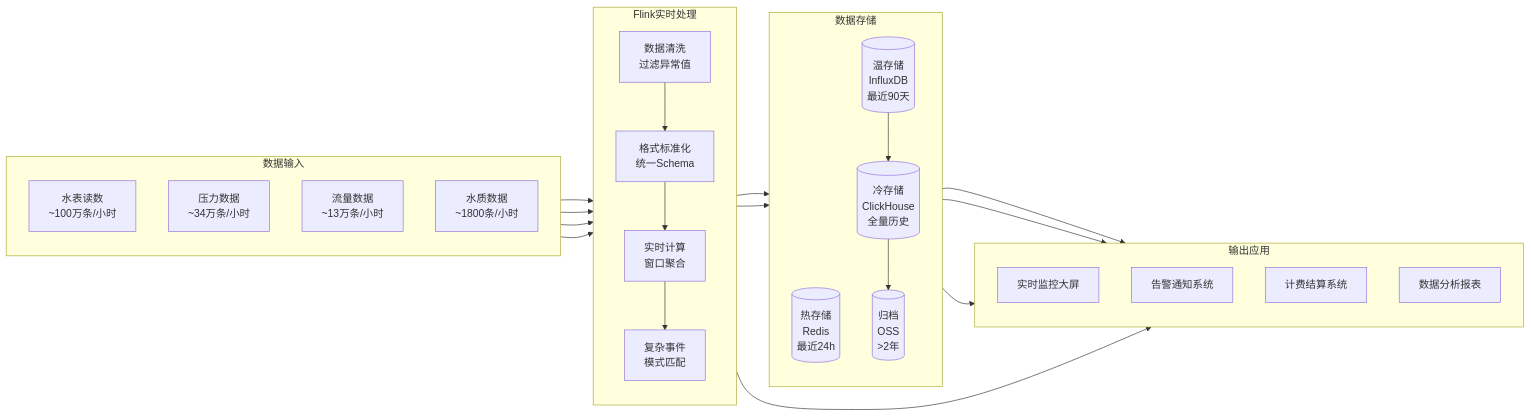
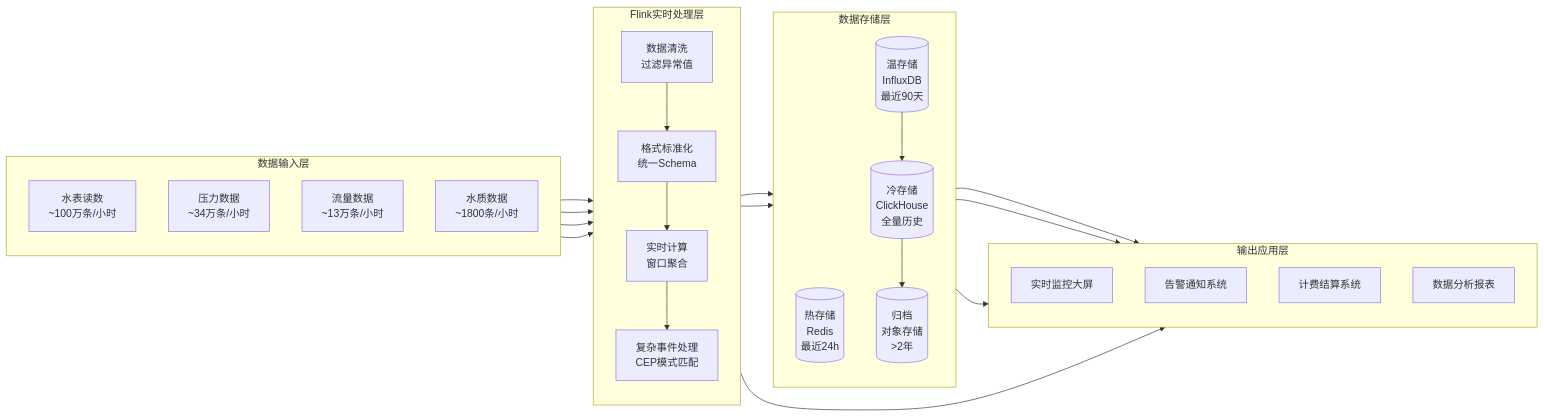
The second of 6 diagrams in Flink-IoT-Authority-Alignment/Phase-13-Water-Management/case-smart-water-complete.md (AdaMartin18010/AnalysisDataFlow), drawn with Mermaid before and after one commit. The commit also changed other lines of this file and 8 other files, not shown here.

````diff
--- a/Flink-IoT-Authority-Alignment/Phase-13-Water-Management/case-smart-water-complete.md
+++ b/Flink-IoT-Authority-Alignment/Phase-13-Water-Management/case-smart-water-complete.md
@@ -117,54 +488,54 @@
 ```mermaid
 flowchart LR
-    subgraph Input["数据输入"]
+    subgraph Input["数据输入层"]
         direction TB
         I1[水表读数<br/>~100万条/小时]
         I2[压力数据<br/>~34万条/小时]
         I3[流量数据<br/>~13万条/小时]
         I4[水质数据<br/>~1800条/小时]
     end
 
-    subgraph Process["Flink实时处理"]
+    subgraph Process["Flink实时处理层"]
         direction TB
         P1[数据清洗<br/>过滤异常值]
         P2[格式标准化<br/>统一Schema]
         P3[实时计算<br/>窗口聚合]
-        P4[复杂事件<br/>模式匹配]
+        P4[复杂事件处理<br/>CEP模式匹配]
     end
 
-    subgraph Storage["数据存储"]
+    subgraph Storage["数据存储层"]
         direction TB
         S1[(热存储<br/>Redis<br/>最近24h)]
         S2[(温存储<br/>InfluxDB<br/>最近90天)]
         S3[(冷存储<br/>ClickHouse<br/>全量历史)]
-        S4[(归档<br/>OSS<br/>>2年)]
+        S4[(归档<br/>对象存储<br/>>2年)]
     end
 
-    subgraph Output["输出应用"]
+    subgraph Output["输出应用层"]
         direction TB
         O1[实时监控大屏]
         O2[告警通知系统]
         O3[计费结算系统]
         O4[数据分析报表]
     end
 
     I1 --> P1
     I2 --> P1
     I3 --> P1
     I4 --> P1
 
     P1 --> P2
     P2 --> P3
     P3 --> P4
 
     P2 --> S1
     P3 --> S2
     P4 --> O2
 
     S2 --> S3
     S3 --> S4
 
     S1 --> O1
     S2 --> O4
     S3 --> O4
 ```
````
